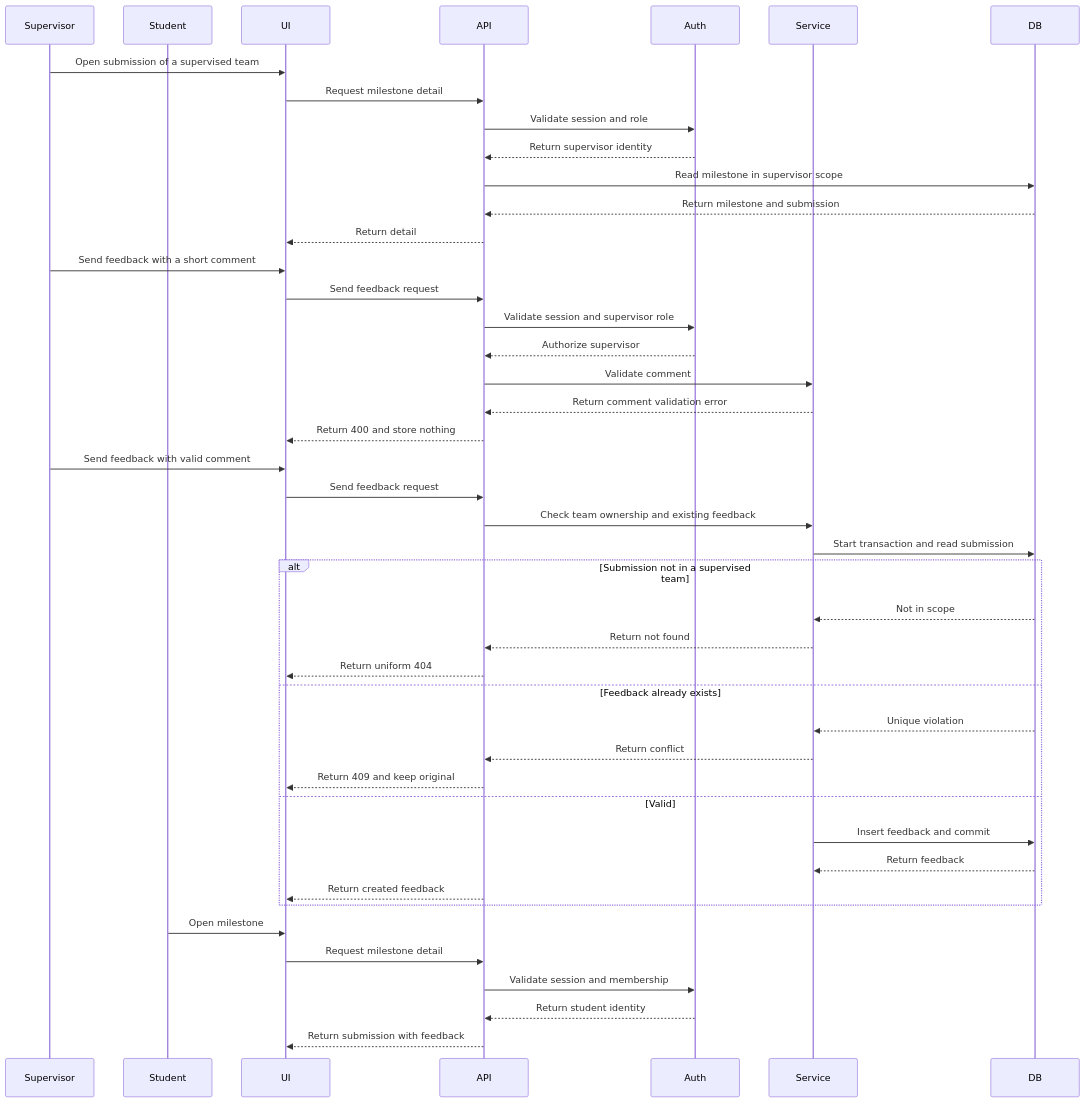
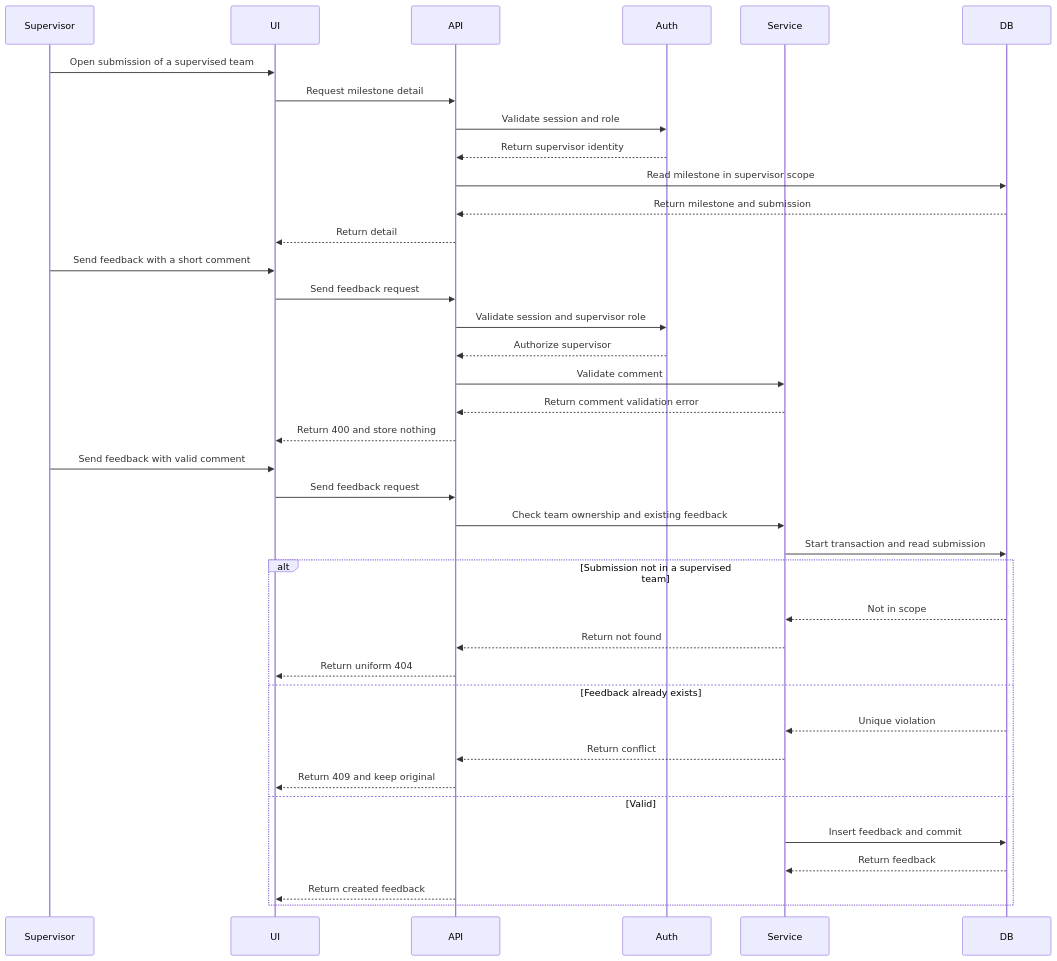
One commit to N0M3KM/CPMS changed the third of 4 diagrams in docs/sprints/sprint-1/plan.md. Above: the diagram before and after it, drawn with Mermaid. The commit also changed other lines of this file and 11 other files, not shown here.

Commit message:
docs: split Sprint 1 sequence diagrams; correct F-04 red evidence; improve PDF builder

````diff
--- a/docs/sprints/sprint-1/plan.md
+++ b/docs/sprints/sprint-1/plan.md
@@ -133,46 +145,40 @@
 ```mermaid
 sequenceDiagram
   participant Supervisor
-  participant Student
   participant UI
   participant API
   participant Auth
   participant Service
   participant DB
   Supervisor->>UI: Open submission of a supervised team
   UI->>API: Request milestone detail
   API->>Auth: Validate session and role
   Auth-->>API: Return supervisor identity
   API->>DB: Read milestone in supervisor scope
   DB-->>API: Return milestone and submission
   API-->>UI: Return detail
   Supervisor->>UI: Send feedback with a short comment
   UI->>API: Send feedback request
   API->>Auth: Validate session and supervisor role
   Auth-->>API: Authorize supervisor
   API->>Service: Validate comment
   Service-->>API: Return comment validation error
   API-->>UI: Return 400 and store nothing
   Supervisor->>UI: Send feedback with valid comment
   UI->>API: Send feedback request
   API->>Service: Check team ownership and existing feedback
   Service->>DB: Start transaction and read submission
   alt Submission not in a supervised team
     DB-->>Service: Not in scope
     Service-->>API: Return not found
     API-->>UI: Return uniform 404
   else Feedback already exists
     DB-->>Service: Unique violation
     Service-->>API: Return conflict
     API-->>UI: Return 409 and keep original
   else Valid
     Service->>DB: Insert feedback and commit
     DB-->>Service: Return feedback
     API-->>UI: Return created feedback
   end
-  Student->>UI: Open milestone
-  UI->>API: Request milestone detail
-  API->>Auth: Validate session and membership
-  Auth-->>API: Return student identity
-  API-->>UI: Return submission with feedback
 ```
````
